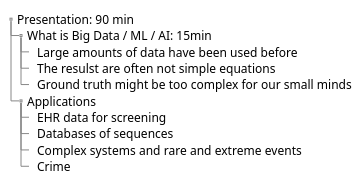
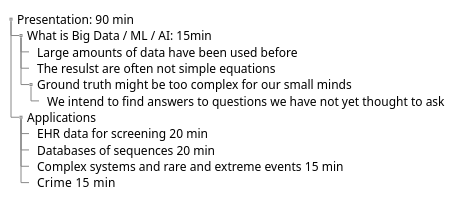
One commit to zeroknowledgediscovery/zedwiki changed the diagram in presentations/BigData4SmallMinds.md. Above: the diagram before and after it, drawn with PlantUML.

Commit message:
Updated BigData4SmallMinds.md (markdown)

```diff
--- a/presentations/BigData4SmallMinds.md
+++ b/presentations/BigData4SmallMinds.md
@@ -1,17 +1,18 @@
 @startuml
 salt
 {
 {T
  + Presentation: 90 min
  ++ What is Big Data / ML / AI: 15min
  +++ Large amounts of data have been used before
  +++ The resulst are often not simple equations
  +++ Ground truth might be too complex for our small minds
+ ++++ We intend to find answers to questions we have not yet thought to ask
  ++ Applications
- +++ EHR data for screening
- +++ Databases of sequences
- +++ Complex systems and rare and extreme events
- +++ Crime
+ +++ EHR data for screening 20 min
+ +++ Databases of sequences 20 min
+ +++ Complex systems and rare and extreme events 15 min
+ +++ Crime  15 min
  }
 }
 @enduml
```
